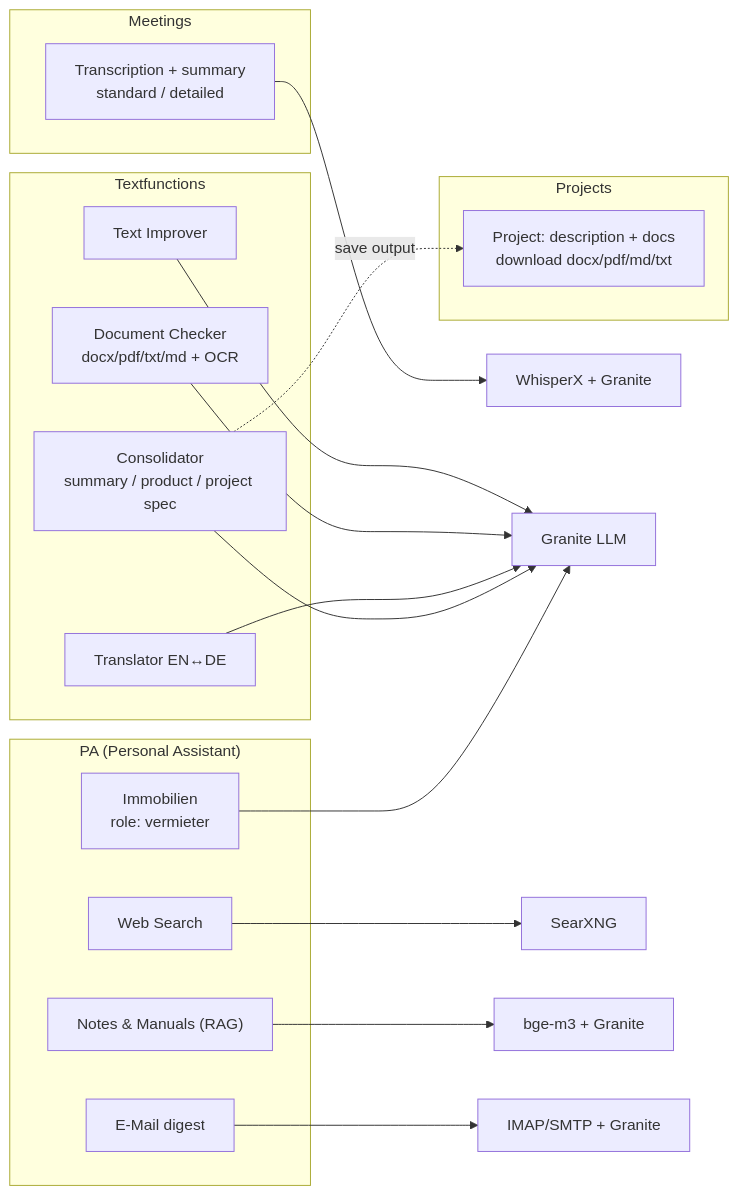
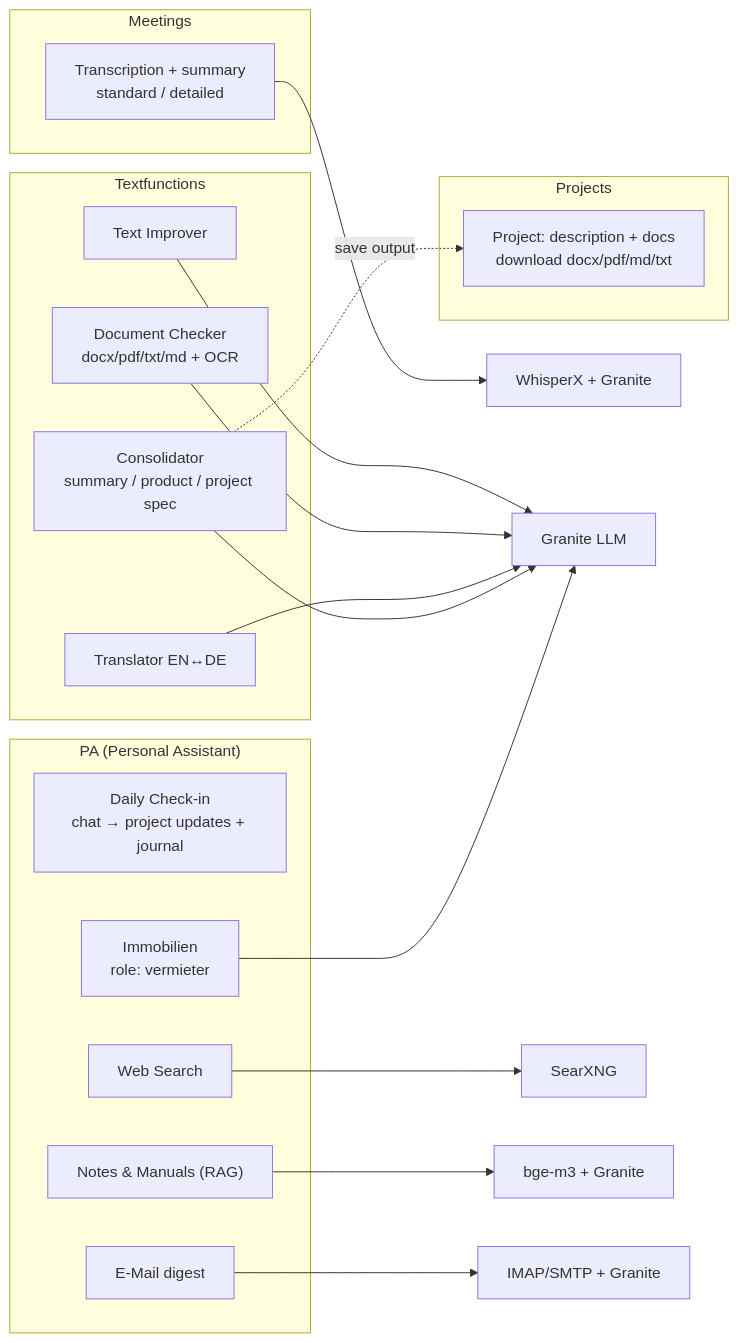
Before and after one commit to buchmann/meetingminutes: the second of 3 diagrams in docs/architecture.md, drawn with Mermaid. The commit also changed 14 other files, not shown here.

````diff
--- a/docs/architecture.md
+++ b/docs/architecture.md
@@ -123,33 +123,34 @@
 ```mermaid
 flowchart LR
     subgraph MEET["Meetings"]
         MT["Transcription + summary<br/>standard / detailed"]
     end
     subgraph TEXT["Textfunctions"]
         TI["Text Improver"]
         DC["Document Checker<br/>docx/pdf/txt/md + OCR"]
         TR["Translator EN&harr;DE"]
         CO["Consolidator<br/>summary / product / project spec"]
     end
     subgraph PROJ["Projects"]
         PR["Project: description + docs<br/>download docx/pdf/md/txt"]
     end
     subgraph PA["PA (Personal Assistant)"]
+        DC2["Daily Check-in<br/>chat → project updates + journal"]
         WS["Web Search"]
         NK["Notes &amp; Manuals (RAG)"]
         ED["E-Mail digest"]
         IM["Immobilien<br/>role: vermieter"]
     end
 
     CO -. "save output" .-> PR
 
     MT --> WXe["WhisperX + Granite"]
     TI --> GRe["Granite LLM"]
     DC --> GRe
     TR --> GRe
     CO --> GRe
     WS --> SXe["SearXNG"]
     NK --> EMe["bge-m3 + Granite"]
     ED --> MXe["IMAP/SMTP + Granite"]
     IM --> GRe
 ```
````
